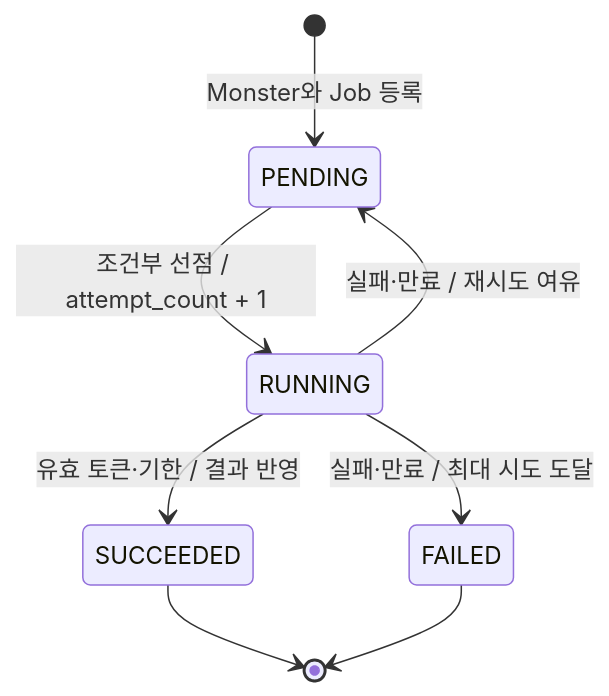
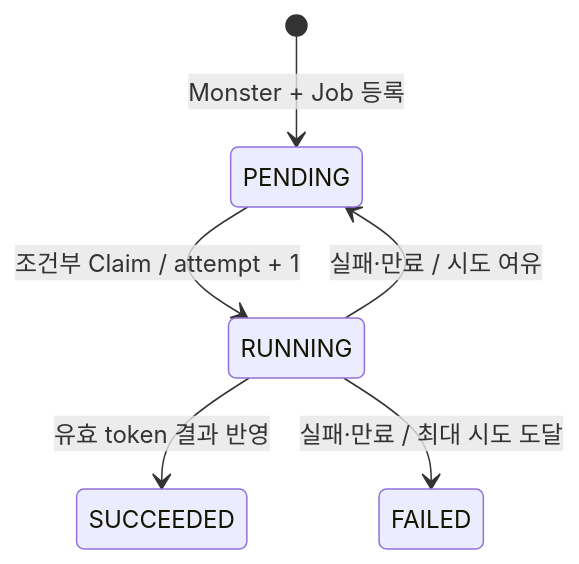
Before and after one commit to kangrae-jo/woowa-archive: the second of 3 diagrams in technical-writing/04-reliability-hardening/README.md, drawn with Mermaid. The commit also changed other lines of this file and 4 other files, not shown here.

````diff
--- a/technical-writing/04-reliability-hardening/README.md
+++ b/technical-writing/04-reliability-hardening/README.md
@@ -52,10 +49,8 @@
 ```mermaid
 stateDiagram-v2
-    [*] --> PENDING: Monster와 Job 등록
-    PENDING --> RUNNING: 조건부 선점 / attempt_count + 1
-    RUNNING --> SUCCEEDED: 유효 토큰·기한 / 결과 반영
-    RUNNING --> PENDING: 실패·만료 / 재시도 여유
+    [*] --> PENDING: Monster + Job 등록
+    PENDING --> RUNNING: 조건부 Claim / attempt + 1
+    RUNNING --> SUCCEEDED: 유효 token 결과 반영
+    RUNNING --> PENDING: 실패·만료 / 시도 여유
     RUNNING --> FAILED: 실패·만료 / 최대 시도 도달
-    SUCCEEDED --> [*]
-    FAILED --> [*]
 ```
````
